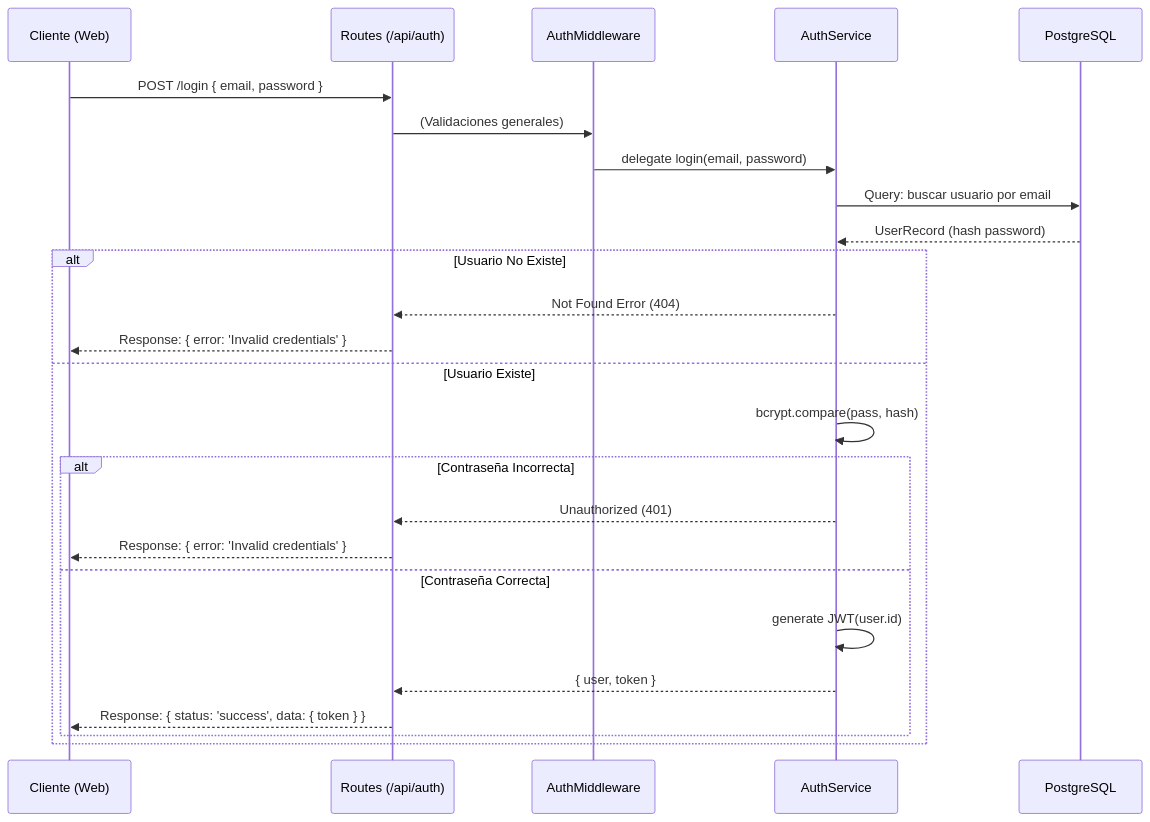
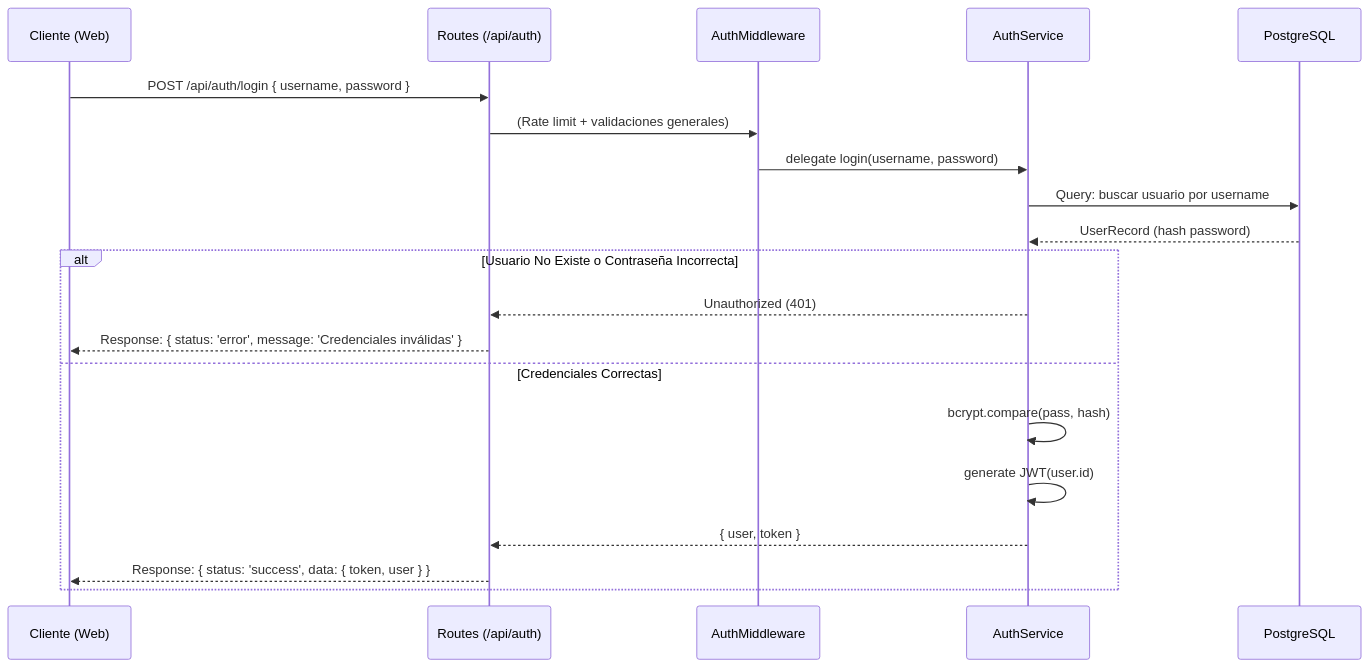
Before and after one commit to Dvl-Sant/app-gastos: the second of 3 diagrams in docs/architecture.md, drawn with Mermaid. The commit also changed other lines of this file and 1 other file, not shown here.

Commit message:
docs: modelo de negocio v2, stack React y puertos actualizados

````diff
--- a/docs/architecture.md
+++ b/docs/architecture.md
@@ -49,29 +51,24 @@
 ```mermaid
 sequenceDiagram
     participant C as Cliente (Web)
     participant R as Routes (/api/auth)
     participant M as AuthMiddleware
     participant S as AuthService
     participant DB as PostgreSQL
 
-    C->>R: POST /login { email, password }
-    R->>M: (Validaciones generales)
-    M->>S: delegate login(email, password)
-    S->>DB: Query: buscar usuario por email
+    C->>R: POST /api/auth/login { username, password }
+    R->>M: (Rate limit + validaciones generales)
+    M->>S: delegate login(username, password)
+    S->>DB: Query: buscar usuario por username
     DB-->>S: UserRecord (hash password)
     
-    alt Usuario No Existe
-        S-->>R: Not Found Error (404)
-        R-->>C: Response: { error: 'Invalid credentials' }
-    else Usuario Existe
+    alt Usuario No Existe o Contraseña Incorrecta
+        S-->>R: Unauthorized (401)
+        R-->>C: Response: { status: 'error', message: 'Credenciales inválidas' }
+    else Credenciales Correctas
         S->>S: bcrypt.compare(pass, hash)
-        alt Contraseña Incorrecta
-            S-->>R: Unauthorized (401)
-            R-->>C: Response: { error: 'Invalid credentials' }
-        else Contraseña Correcta
-            S->>S: generate JWT(user.id)
-            S-->>R: { user, token }
-            R-->>C: Response: { status: 'success', data: { token } }
-        end
+        S->>S: generate JWT(user.id)
+        S-->>R: { user, token }
+        R-->>C: Response: { status: 'success', data: { token, user } }
     end
 ```
````
